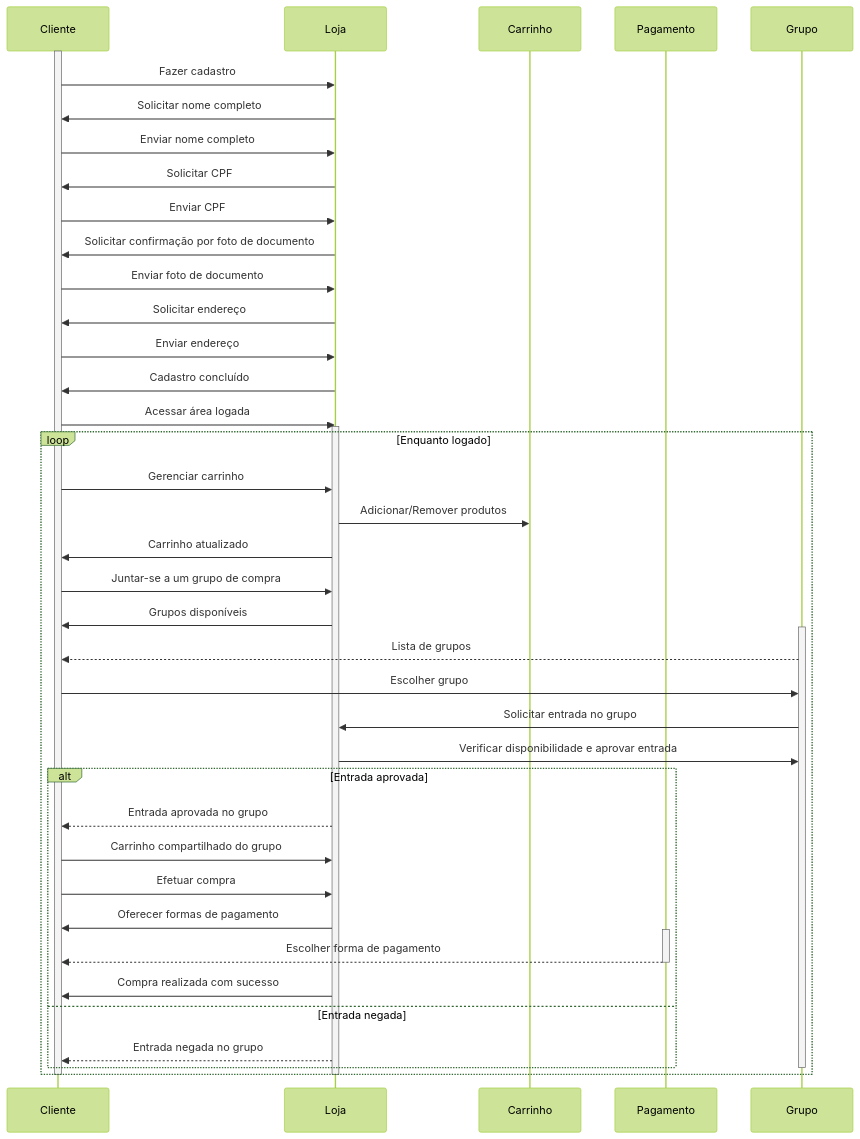
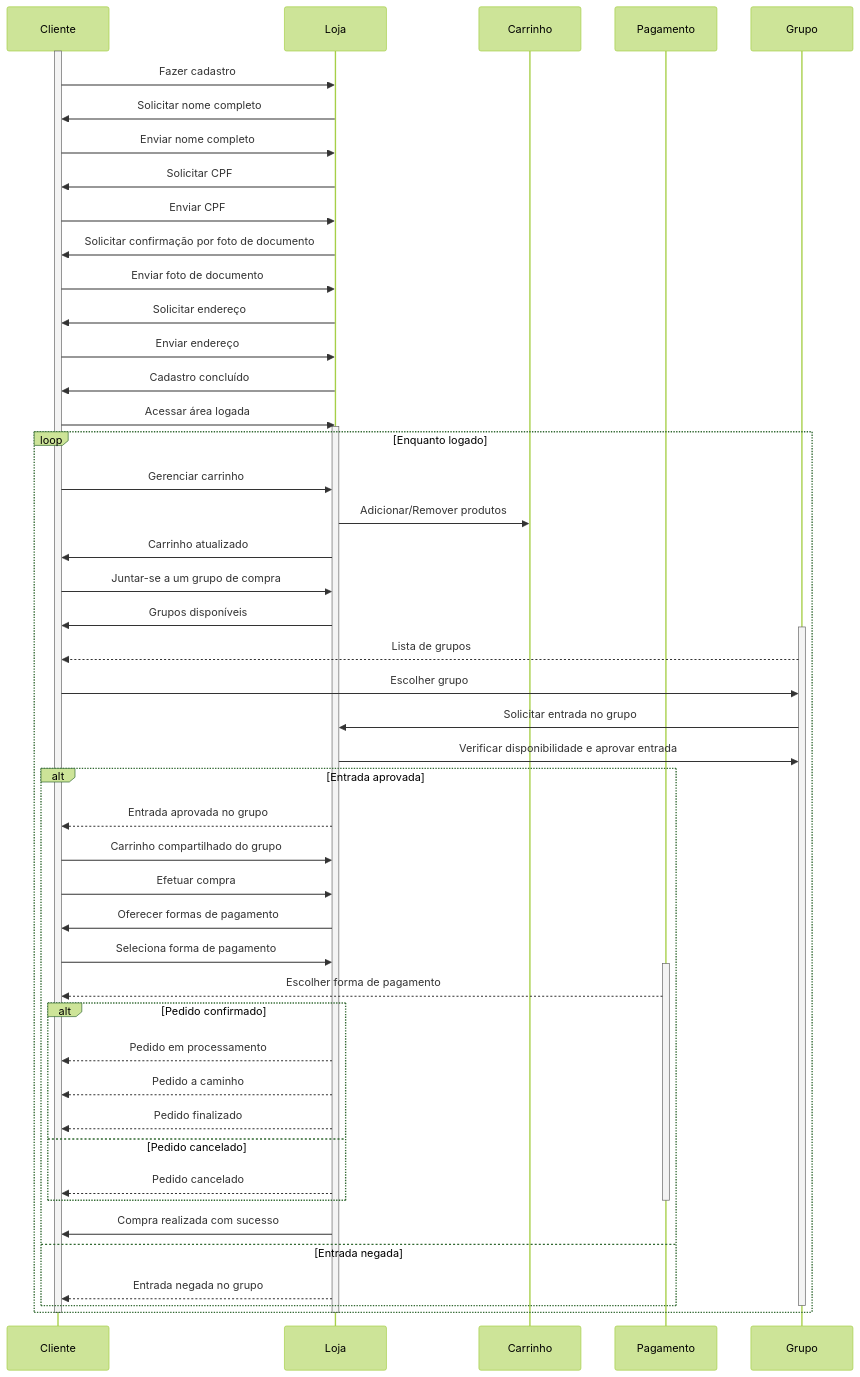
The first of 8 diagrams in docs/documento_arquitetura.md (UNB-PI2-Grupo3-BracoRobotico/Documentation), drawn with Mermaid (forest theme) before and after one commit.

Commit message:
add fluxo de pedidos no app de compras

````diff
--- a/docs/documento_arquitetura.md
+++ b/docs/documento_arquitetura.md
@@ -93,60 +93,70 @@
 ```mermaid
 sequenceDiagram
     participant Cliente
     participant Loja
     participant Carrinho
     participant Pagamento
     participant Grupo
 
     activate Cliente
 
     Cliente->>Loja: Fazer cadastro
     Loja->>Cliente: Solicitar nome completo
     Cliente->>Loja: Enviar nome completo
     Loja->>Cliente: Solicitar CPF
     Cliente->>Loja: Enviar CPF
     Loja->>Cliente: Solicitar confirmação por foto de documento
     Cliente->>Loja: Enviar foto de documento
     Loja->>Cliente: Solicitar endereço
     Cliente->>Loja: Enviar endereço
 
     Loja->>Cliente: Cadastro concluído
 
     Cliente->>Loja: Acessar área logada
     activate Loja
 
     loop Enquanto logado
         Cliente->>Loja: Gerenciar carrinho
         Loja->>Carrinho: Adicionar/Remover produtos
         Loja->>Cliente: Carrinho atualizado
 
         Cliente->>Loja: Juntar-se a um grupo de compra
         Loja->>Cliente: Grupos disponíveis
         activate Grupo
         Grupo-->>Cliente: Lista de grupos
 
         Cliente->>Grupo: Escolher grupo
         Grupo->>Loja: Solicitar entrada no grupo
         Loja->>Grupo: Verificar disponibilidade e aprovar entrada
         alt Entrada aprovada
             Loja-->>Cliente: Entrada aprovada no grupo
             Cliente->>Loja: Carrinho compartilhado do grupo
 
             Cliente->>Loja: Efetuar compra
             Loja->>Cliente: Oferecer formas de pagamento
+            Cliente->>Loja: Seleciona forma de pagamento
             activate Pagamento
 
             Pagamento-->>Cliente: Escolher forma de pagamento
+
+
+            alt Pedido confirmado
+                Loja-->>Cliente: Pedido em processamento
+                Loja-->>Cliente: Pedido a caminho
+                Loja-->>Cliente: Pedido finalizado
+            else Pedido cancelado
+                Loja-->>Cliente: Pedido cancelado
+            end
 
             deactivate Pagamento
             Loja->>Cliente: Compra realizada com sucesso
         else Entrada negada
             Loja-->>Cliente: Entrada negada no grupo
         end
 
         deactivate Grupo
     end
 
     deactivate Loja
     deactivate Cliente
 ```
````
